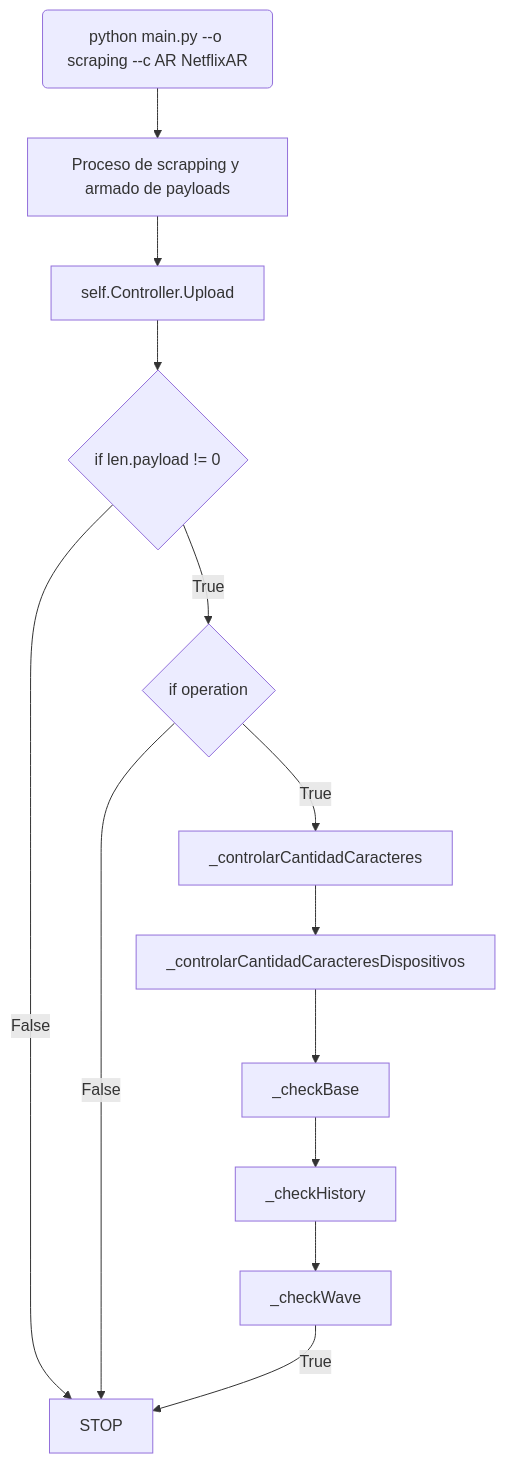
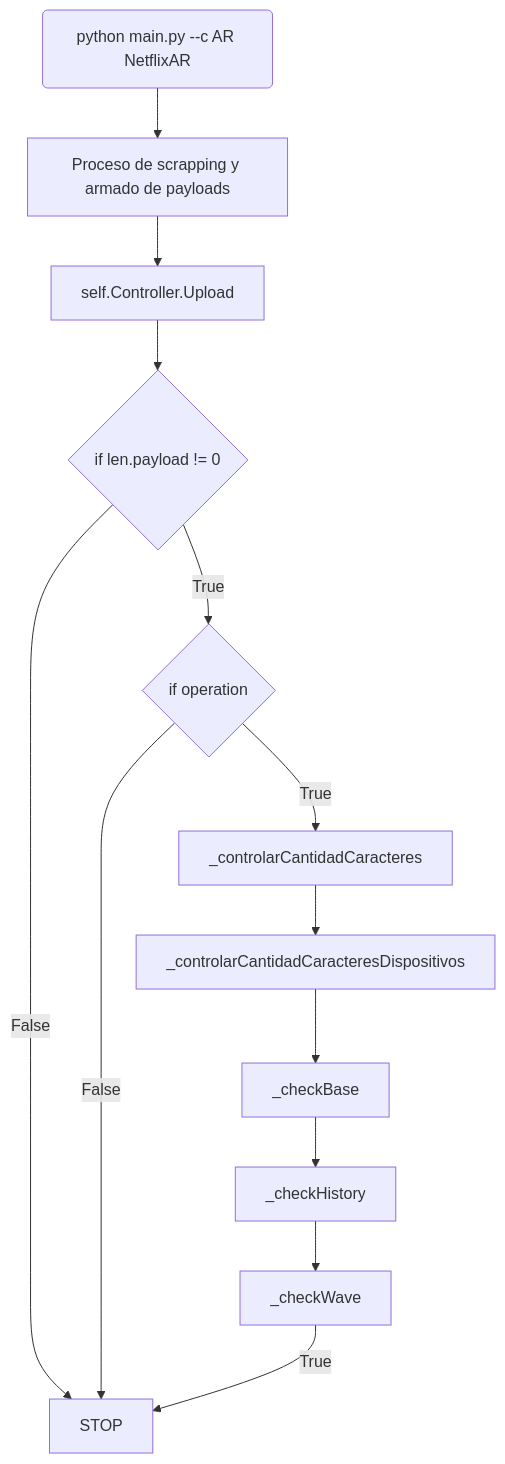
Before and after one commit to axelsegovia98/hackerrank-python: the diagram in README.md, drawn with Mermaid.

````diff
--- a/README.md
+++ b/README.md
@@ -1122,15 +1122,15 @@
 ```mermaid
 graph TD
-START(python main.py --o scraping --c AR NetflixAR) --> A[Proceso de scrapping y armado de payloads]
+START(python main.py --c AR NetflixAR) --> A[Proceso de scrapping y armado de payloads]
 A --> B[self.Controller.Upload]
 B --> C{if len.payload != 0}
 C -- False --> STOP
 C -- True --> D{if operation}
 D -- False --> STOP
 D -- True --> E[_controlarCantidadCaracteres]
 E --> F[_controlarCantidadCaracteresDispositivos]
 F --> G[_checkBase]
 G --> H[_checkHistory]
 H --> I[_checkWave]
 I -- True --> STOP
 ```
````
